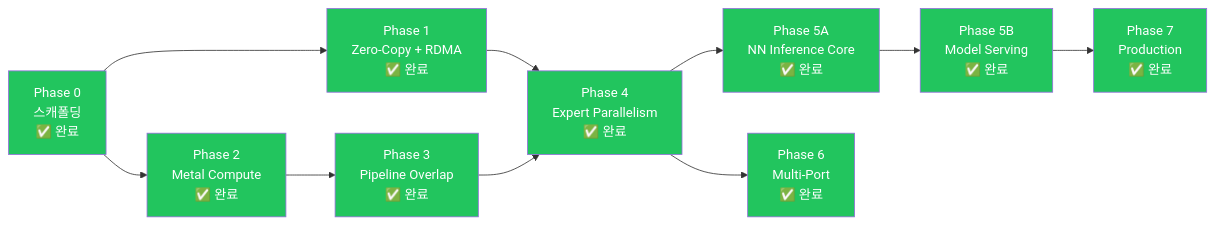
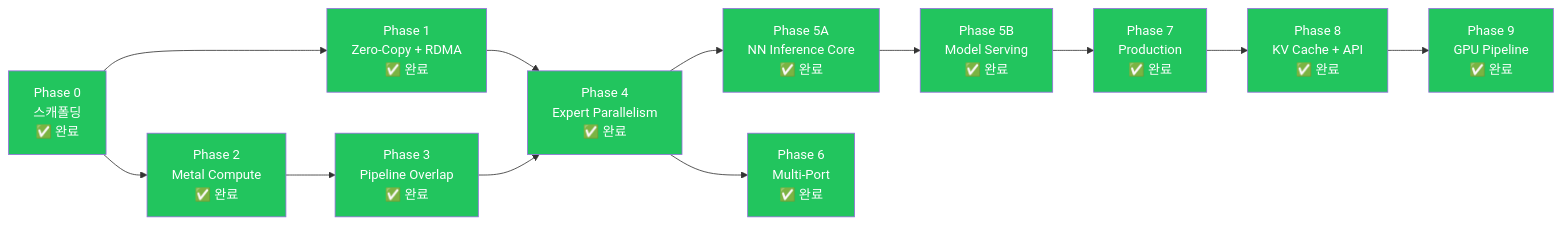
Before and after one commit to 0xDaizz/RMLX: the diagram in docs/roadmap/phases_ko.md, drawn with Mermaid. The commit also changed other lines of this file and 23 other files, not shown here.

First line of the commit message:
docs: comprehensive documentation overhaul for Phase 9 GPU Pipeline (#6)

````diff
--- a/docs/roadmap/phases_ko.md
+++ b/docs/roadmap/phases_ko.md
@@ -49,32 +55,38 @@
 ```mermaid
 graph LR
     P0["Phase 0<br/>스캐폴딩<br/>✅ 완료"]
     P1["Phase 1<br/>Zero-Copy + RDMA<br/>✅ 완료"]
     P2["Phase 2<br/>Metal Compute<br/>✅ 완료"]
     P3["Phase 3<br/>Pipeline Overlap<br/>✅ 완료"]
     P4["Phase 4<br/>Expert Parallelism<br/>✅ 완료"]
     P5A["Phase 5A<br/>NN Inference Core<br/>✅ 완료"]
     P5B["Phase 5B<br/>Model Serving<br/>✅ 완료"]
     P6["Phase 6<br/>Multi-Port<br/>✅ 완료"]
     P7["Phase 7<br/>Production<br/>✅ 완료"]
+    P8["Phase 8<br/>KV Cache + API<br/>✅ 완료"]
+    P9["Phase 9<br/>GPU Pipeline<br/>✅ 완료"]
 
     P0 --> P1
     P0 --> P2
     P2 --> P3
     P1 --> P4
     P3 --> P4
     P4 --> P5A
     P5A --> P5B
     P4 --> P6
     P5B --> P7
+    P7 --> P8
+    P8 --> P9
 
     style P0 fill:#22c55e,color:#fff
     style P1 fill:#22c55e,color:#fff
     style P2 fill:#22c55e,color:#fff
     style P3 fill:#22c55e,color:#fff
     style P4 fill:#22c55e,color:#fff
     style P5A fill:#22c55e,color:#fff
     style P5B fill:#22c55e,color:#fff
     style P6 fill:#22c55e,color:#fff
     style P7 fill:#22c55e,color:#fff
+    style P8 fill:#22c55e,color:#fff
+    style P9 fill:#22c55e,color:#fff
 ```
````
